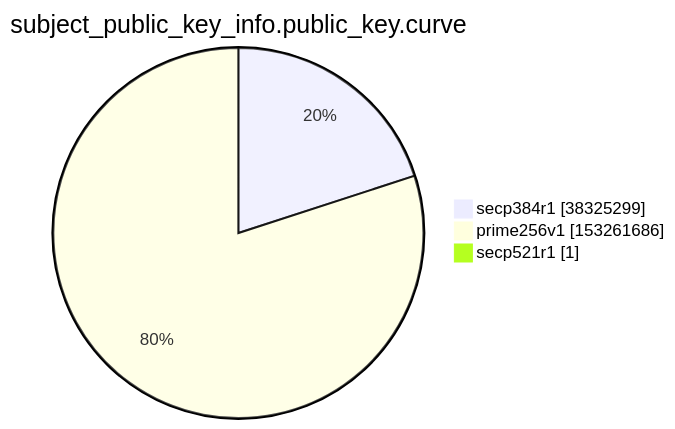
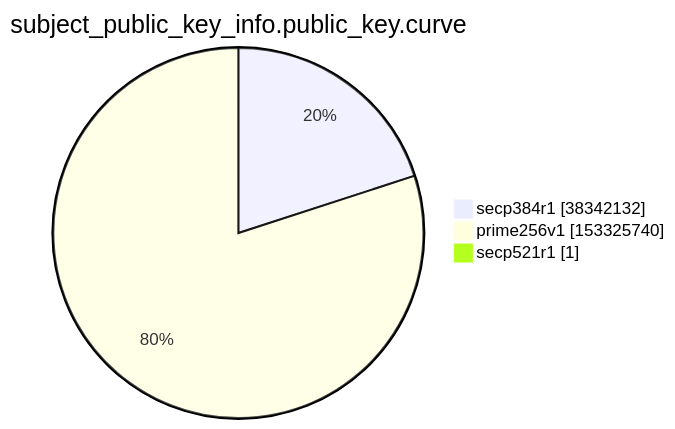
The ninth of 15 diagrams in xenon2022/README.md (christiankrug/ctmonitor_visualization), drawn with Mermaid before and after one commit. The commit also changed other lines of this file, not shown here.

````diff
--- a/xenon2022/README.md
+++ b/xenon2022/README.md
@@ -2861,7 +2861,7 @@
 ```mermaid
 pie showData
 title subject_public_key_info.public_key.curve
-"secp384r1" :38325299
-"prime256v1" :153261686
+"secp384r1" :38342132
+"prime256v1" :153325740
 "secp521r1" :1
 ```
````
